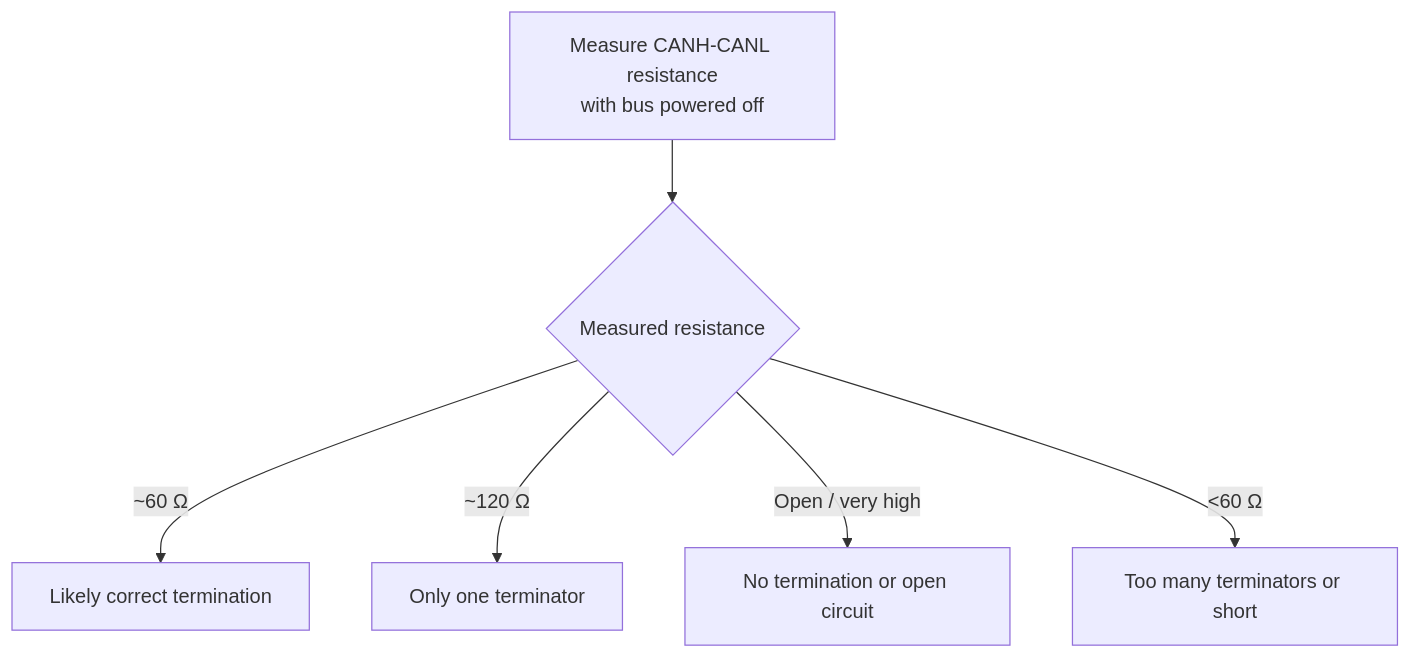
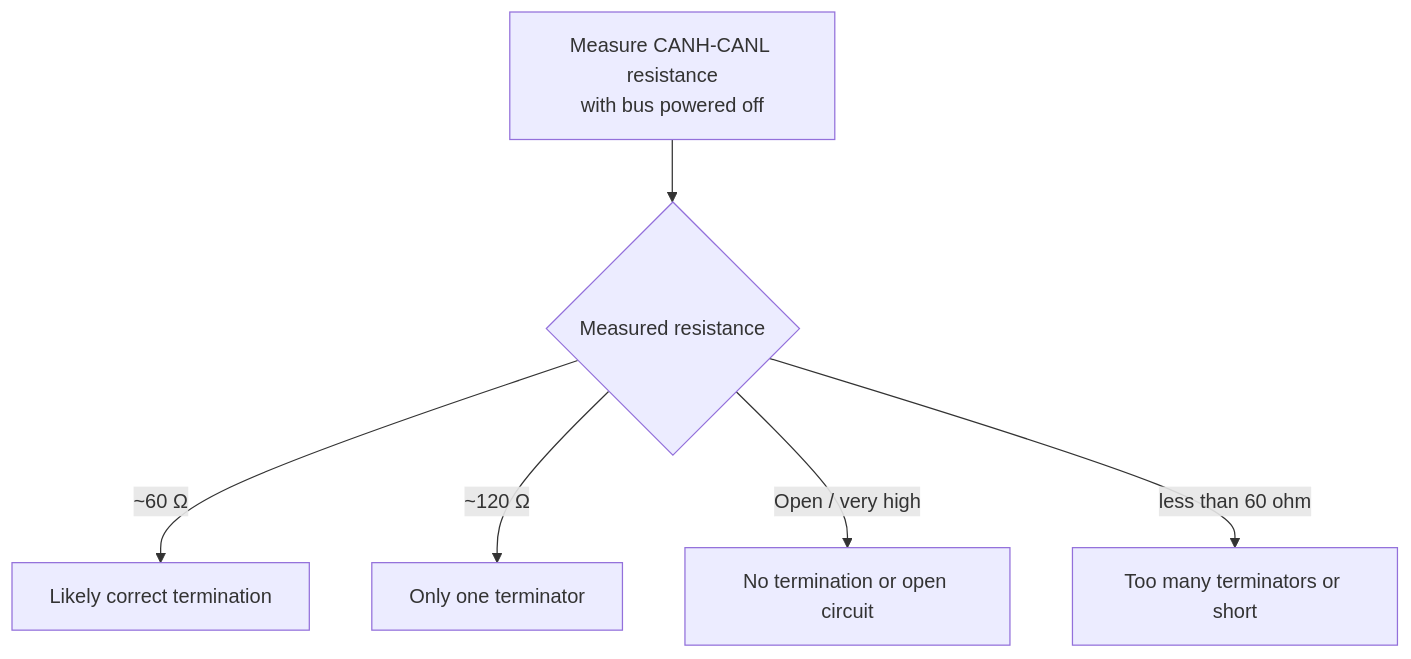
Diagram 11 of 15 in _posts/CAN/2024-09-03-debugcan.md (dokkev/dokkev.github.io), drawn with Mermaid before and after one commit. The commit also changed other lines of this file and 1 other file, not shown here.

````diff
--- a/_posts/CAN/2024-09-03-debugcan.md
+++ b/_posts/CAN/2024-09-03-debugcan.md
@@ -461,9 +461,9 @@
 ```mermaid
 flowchart TD
     A["Measure CANH-CANL resistance<br/>with bus powered off"] --> B{"Measured resistance"}
 
     B -->|"~60 Ω"| C["Likely correct termination"]
     B -->|"~120 Ω"| D["Only one terminator"]
     B -->|"Open / very high"| E["No termination or open circuit"]
-    B -->|"<60 Ω"| F["Too many terminators or short"]
+    B -->|"less than 60 ohm"| F["Too many terminators or short"]
 ```
````
